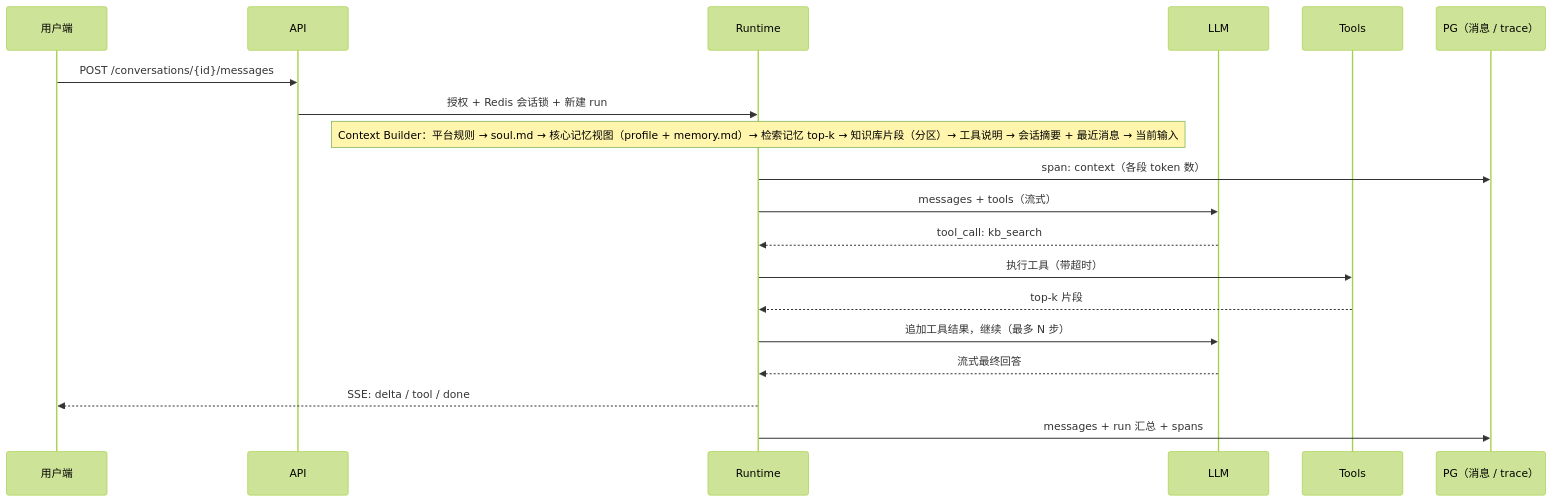
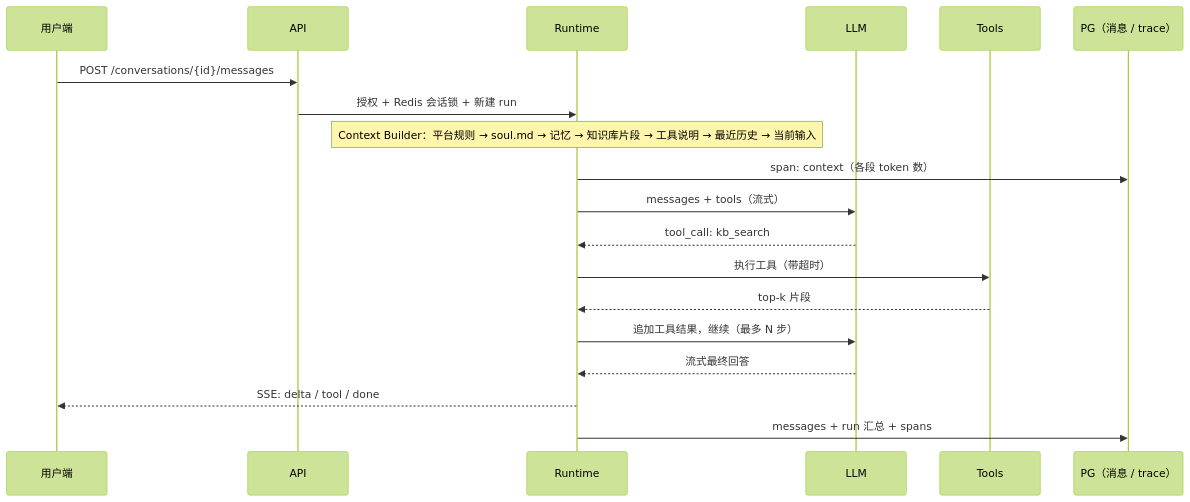
The second of 9 diagrams in docs/blueprint.md (Lq0412/xa), drawn with Mermaid (forest theme) before and after one commit. The commit also changed other lines of this file and 46 other files, not shown here.

````diff
--- a/docs/blueprint.md
+++ b/docs/blueprint.md
@@ -133,21 +139,21 @@
 ```mermaid
 sequenceDiagram
   participant U as 用户端
   participant API as API
   participant RT as Runtime
   participant LLM as LLM
   participant T as Tools
   participant DB as PG（消息 / trace）
   U->>API: POST /conversations/{id}/messages
   API->>RT: 授权 + Redis 会话锁 + 新建 run
-  Note over RT: Context Builder：平台规则 → soul.md → 核心记忆视图（profile + memory.md）→ 检索记忆 top-k → 知识库片段（分区）→ 工具说明 → 会话摘要 + 最近消息 → 当前输入
+  Note over RT: Context Builder：平台规则 → soul.md → 记忆 → 知识库片段 → 工具说明 → 最近历史 → 当前输入
   RT->>DB: span: context（各段 token 数）
   RT->>LLM: messages + tools（流式）
   LLM-->>RT: tool_call: kb_search
   RT->>T: 执行工具（带超时）
   T-->>RT: top-k 片段
   RT->>LLM: 追加工具结果，继续（最多 N 步）
   LLM-->>RT: 流式最终回答
   RT-->>U: SSE: delta / tool / done
   RT->>DB: messages + run 汇总 + spans
 ```
````
